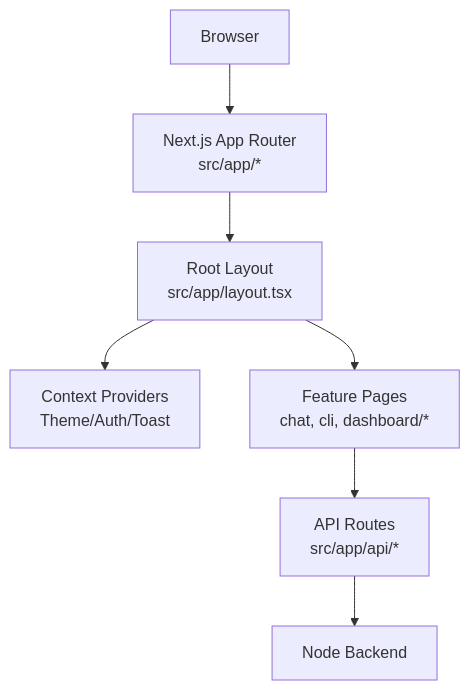
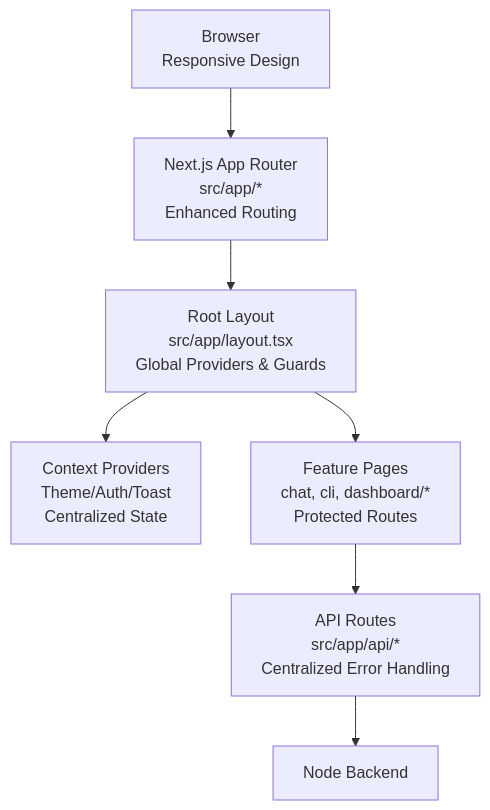
Before and after one commit to HassanAmeer/cheaprouter: the second of 9 diagrams in .qoder/repowiki/en/content/Frontend Architecture/Frontend Architecture.md, drawn with Mermaid. The commit also changed other lines of this file and 54 other files, not shown here.

````diff
--- a/.qoder/repowiki/en/content/Frontend Architecture/Frontend Architecture.md
+++ b/.qoder/repowiki/en/content/Frontend Architecture/Frontend Architecture.md
@@ -236,16 +249,16 @@
 ```mermaid
 graph TB
-Client["Browser"]
-NextApp["Next.js App Router<br/>src/app/*"]
-RootLayout["Root Layout<br/>src/app/layout.tsx"]
-Providers["Context Providers<br/>Theme/Auth/Toast"]
-Pages["Feature Pages<br/>chat, cli, dashboard/*"]
-APIServer["API Routes<br/>src/app/api/*"]
+Client["Browser<br/>Responsive Design"]
+NextApp["Next.js App Router<br/>src/app/*<br/>Enhanced Routing"]
+RootLayout["Root Layout<br/>src/app/layout.tsx<br/>Global Providers & Guards"]
+Providers["Context Providers<br/>Theme/Auth/Toast<br/>Centralized State"]
+Pages["Feature Pages<br/>chat, cli, dashboard/*<br/>Protected Routes"]
+APIServer["API Routes<br/>src/app/api/*<br/>Centralized Error Handling"]
 Backend["Node Backend"]
 Client --> NextApp
 NextApp --> RootLayout
 RootLayout --> Providers
 RootLayout --> Pages
 Pages --> APIServer
 APIServer --> Backend
 ```
````
